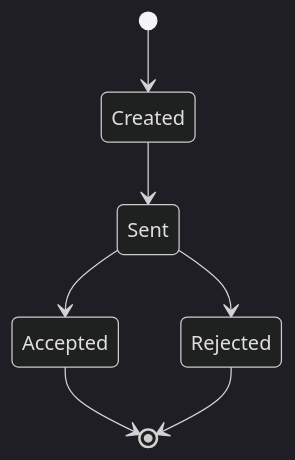
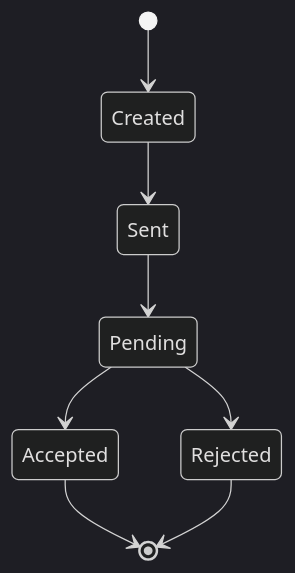
One commit to gevamu/gevamu.github.io changed the third of 3 diagrams in content/4.examples/send-payment.md. Above: the diagram before and after it, drawn with Mermaid (dark theme). The commit also changed other lines of this file, not shown here.

Commit message:
[DO-518] schemes updated

````diff
--- a/content/4.examples/send-payment.md
+++ b/content/4.examples/send-payment.md
@@ -74,11 +75,12 @@
 ```mermaid
 
 stateDiagram-v2
     [*] --> Created
     Created --> Sent
-    Sent --> Accepted
-    Sent --> Rejected
+    Sent --> Pending
+    Pending --> Accepted
+    Pending --> Rejected
     Accepted --> [*]
     Rejected --> [*]
 
 ```
````
